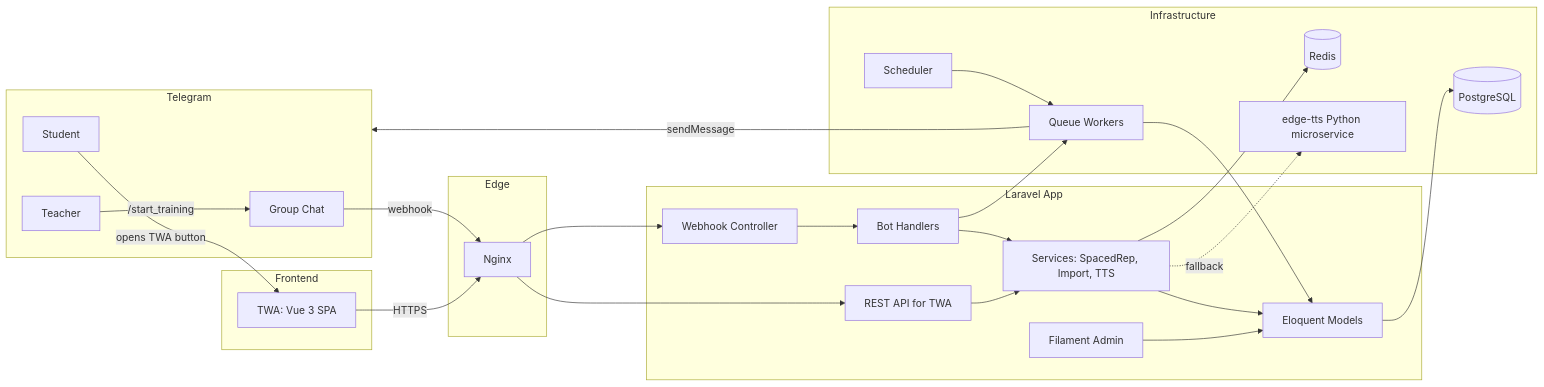
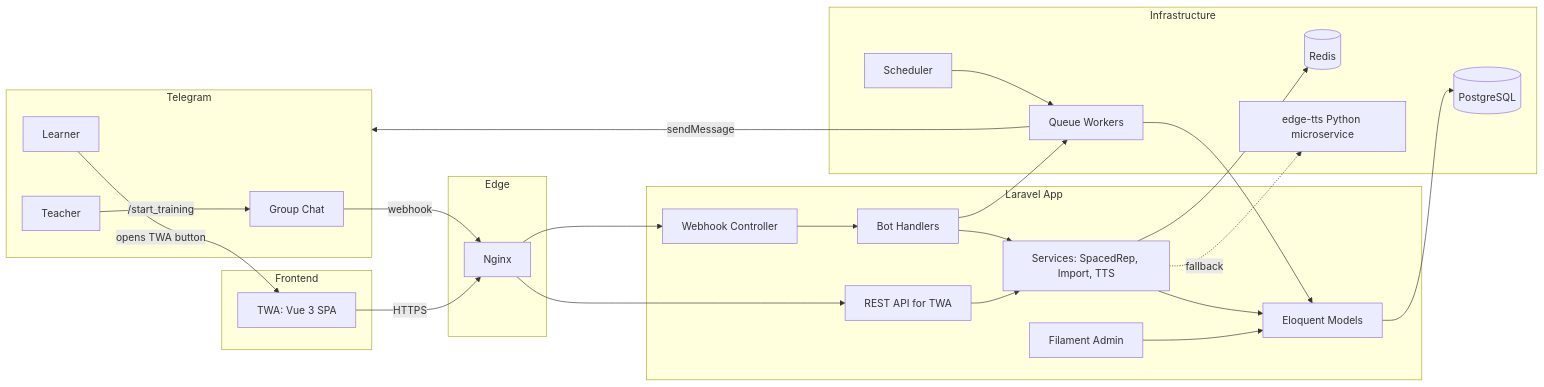
Before and after one commit to AsadbekRahimov/flash-cards: the first of 4 diagrams in docs/02_ARCHITECTURE.md, drawn with Mermaid. The commit also changed other lines of this file and 8 other files, not shown here.

First line of the commit message:
docs: learner-first schema, JWT v2, membership policies, ADR-8 (Sprint 14, task 1.1b, 5/5)

````diff
--- a/docs/02_ARCHITECTURE.md
+++ b/docs/02_ARCHITECTURE.md
@@ -5,50 +5,50 @@
 ```mermaid
 flowchart LR
     subgraph TG[Telegram]
-        U1[Student]
+        U1[Learner]
         U2[Teacher]
         G[Group Chat]
     end
 
     subgraph EDGE[Edge]
         NG[Nginx]
     end
 
     subgraph APP[Laravel App]
         WH[Webhook Controller]
         API[REST API for TWA]
         FIL[Filament Admin]
         BOT[Bot Handlers]
         SRV[Services: SpacedRep, Import, TTS]
         MODELS[Eloquent Models]
     end
 
     subgraph INFRA[Infrastructure]
         DB[(PostgreSQL)]
         REDIS[(Redis)]
         Q[Queue Workers]
         SCHED[Scheduler]
         TTS[edge-tts Python microservice]
     end
 
     subgraph FE[Frontend]
         TWA[TWA: Vue 3 SPA]
     end
 
     U1 -->|opens TWA button| TWA
     U2 -->|/start_training| G
     G -->|webhook| NG
     NG --> WH
     WH --> BOT
     BOT --> SRV
     BOT --> Q
     TWA -->|HTTPS| NG --> API
     API --> SRV
     SRV --> MODELS --> DB
     SRV --> REDIS
     Q --> MODELS
     Q -->|sendMessage| TG
     SCHED --> Q
     FIL --> MODELS
     SRV -. fallback .-> TTS
 ```
````
